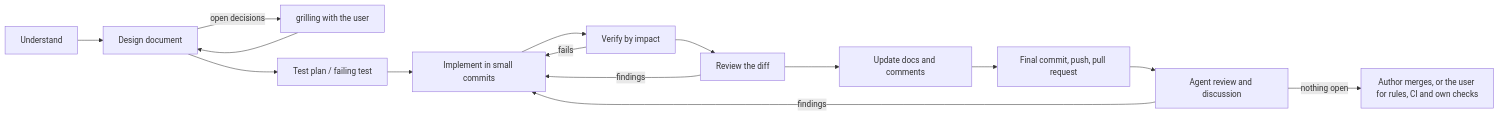
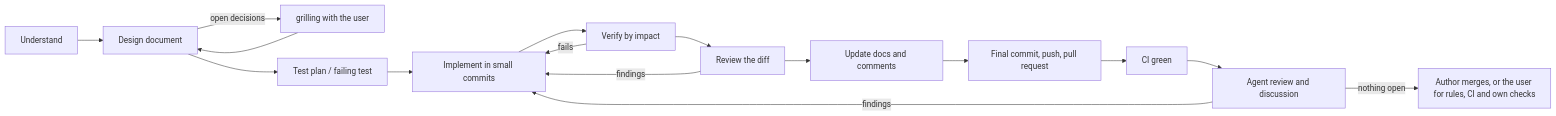
Before and after one commit to SMB-M87/Kinetra: the first of 3 diagrams in docs/workflow.md, drawn with Mermaid. The commit also changed 4 other files, not shown here.

First line of the commit message:
docs(agents): address review: start the review once CI is green in every copy

````diff
--- a/docs/workflow.md
+++ b/docs/workflow.md
@@ -25,17 +25,18 @@
 ```mermaid
 flowchart LR
     U[Understand] --> D[Design document]
     D -->|open decisions| G[grilling with the user]
     G --> D
     D --> T[Test plan / failing test]
     T --> I[Implement in small commits]
     I --> V[Verify by impact]
     V -->|fails| I
     V --> R[Review the diff]
     R -->|findings| I
     R --> Doc[Update docs and comments]
     Doc --> C[Final commit, push, pull request]
-    C --> AR[Agent review and discussion]
+    C --> CI[CI green]
+    CI --> AR[Agent review and discussion]
     AR -->|findings| I
     AR -->|nothing open| M[Author merges, or the user for rules, CI and own checks]
 ```
````
